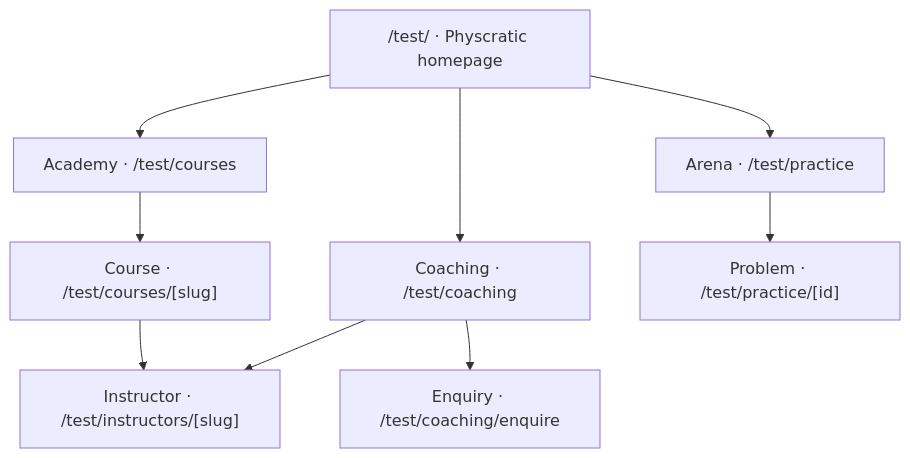
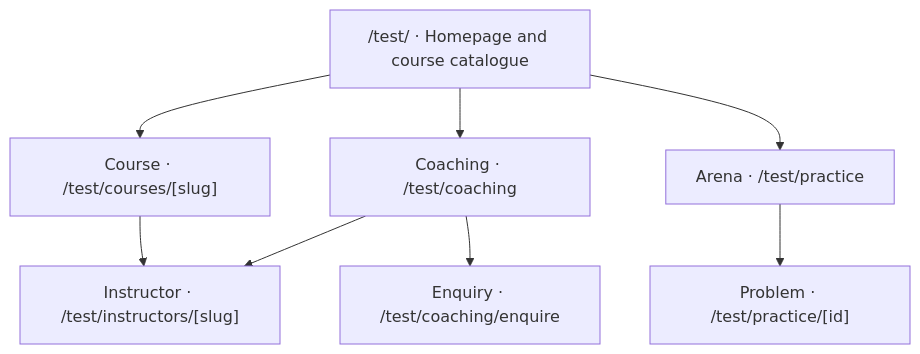
The first of 4 diagrams in docs/engineering/TEST_SITE_MAP.md (Physcratic/physcratic), drawn with Mermaid before and after one commit. The commit also changed other lines of this file and 2 other files, not shown here.

Commit message:
docs: make experimental homepage the primary course catalogue

````diff
--- a/docs/engineering/TEST_SITE_MAP.md
+++ b/docs/engineering/TEST_SITE_MAP.md
@@ -37,19 +37,17 @@
 ```mermaid
 flowchart TD
-  home["/test/ · Physcratic homepage"]
-  academy["Academy · /test/courses"]
+  home["/test/ · Homepage and course catalogue"]
   coaching["Coaching · /test/coaching"]
   arena["Arena · /test/practice"]
   course["Course · /test/courses/[slug]"]
   instructor["Instructor · /test/instructors/[slug]"]
   enquiry["Enquiry · /test/coaching/enquire"]
   problem["Problem · /test/practice/[id]"]
-  home --> academy
   home --> coaching
   home --> arena
-  academy --> course
+  home --> course
   course --> instructor
   coaching --> instructor
   coaching --> enquiry
   arena --> problem
 ```
````
